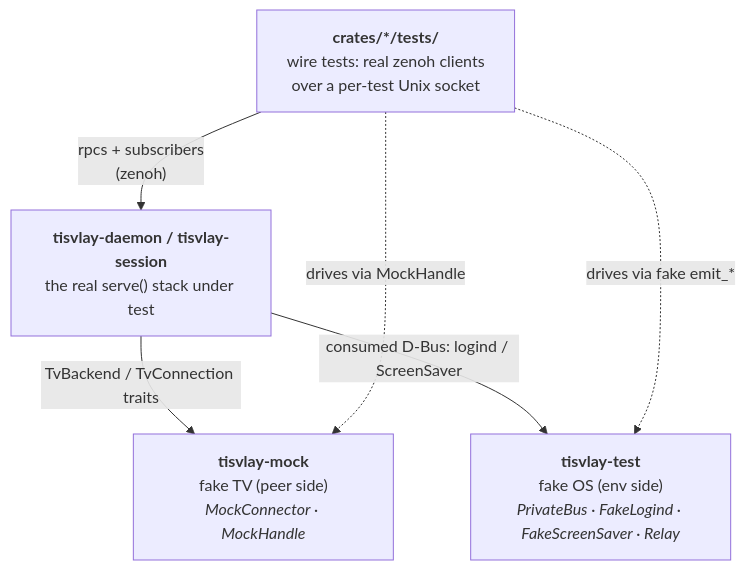
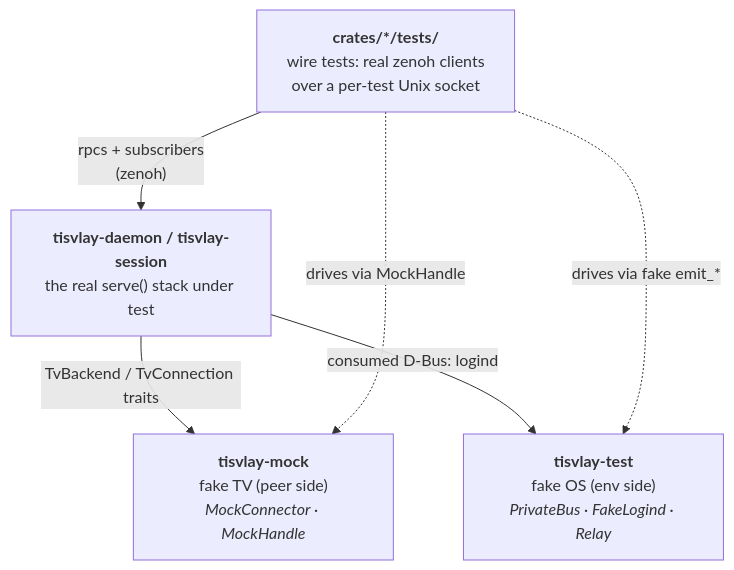
One commit to TisVlay/TisVlay changed the fourth of 5 diagrams in docs/testing.md. Above: the diagram before and after it, drawn with Mermaid. The commit also changed other lines of this file and 7 other files, not shown here.

First line of the commit message:
docs: drop the removed ScreenSaver fake and other dead claims

````diff
--- a/docs/testing.md
+++ b/docs/testing.md
@@ -287,13 +287,13 @@
 ```mermaid
 flowchart TD
     W["<b>crates/*/tests/</b><br/>wire tests: real zenoh clients<br/>over a per-test Unix socket"]
     D["<b>tisvlay-daemon / tisvlay-session</b><br/>the real serve() stack under test"]
     M["<b>tisvlay-mock</b><br/>fake TV (peer side)<br/><i>MockConnector · MockHandle</i>"]
-    T["<b>tisvlay-test</b><br/>fake OS (env side)<br/><i>PrivateBus · FakeLogind · FakeScreenSaver · Relay</i>"]
+    T["<b>tisvlay-test</b><br/>fake OS (env side)<br/><i>PrivateBus · FakeLogind · Relay</i>"]
 
     W -->|"rpcs + subscribers<br/>(zenoh)"| D
     D -->|"TvBackend / TvConnection traits"| M
-    D -->|"consumed D-Bus: logind / ScreenSaver"| T
+    D -->|"consumed D-Bus: logind"| T
     W -.->|"drives via MockHandle"| M
     W -.->|"drives via fake emit_*"| T
 ```
````
